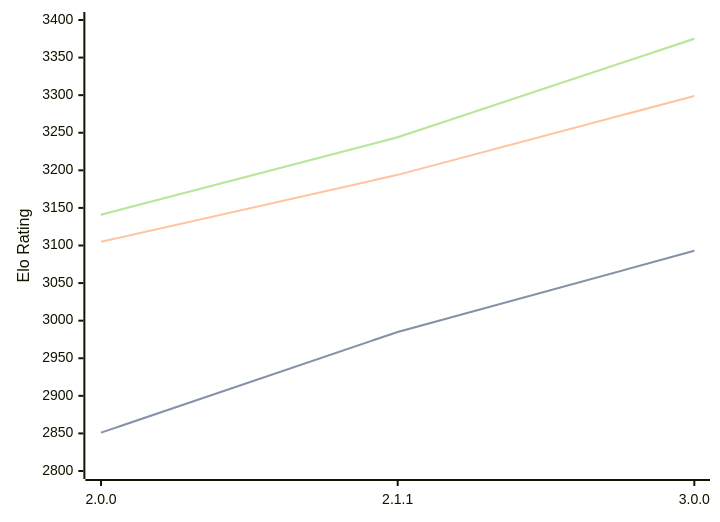
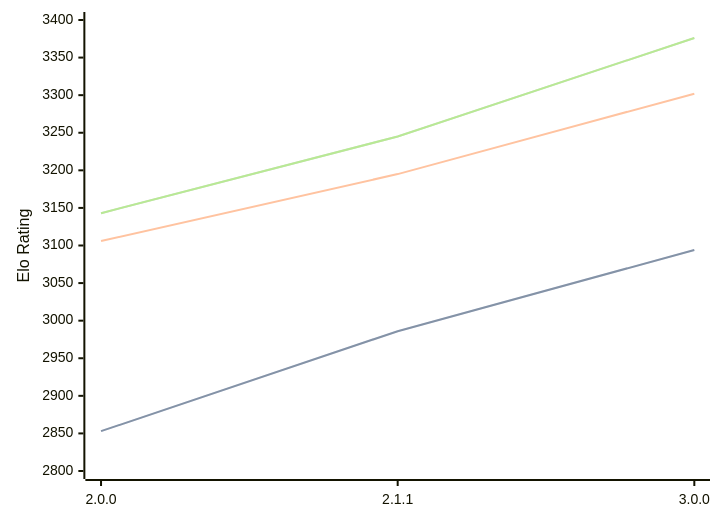
One commit to computer-chess-index/cci changed the diagram in engines/Bread.md. Above: the diagram before and after it, drawn with Mermaid. The commit also changed other lines of this file, not shown here.

Commit message:
Update CCI Ratings (ELO VLTC) - 2026-08-09

````diff
--- a/engines/Bread.md
+++ b/engines/Bread.md
@@ -36,11 +36,11 @@
 ```mermaid
 %%{init: {"theme":"base","themeVariables":{"seriesColors:['#a3a3a3','#222221','#faa371']}}}%%
 xychart-beta
   x-axis ["2.0.0", "2.1.1", "3.0.0"]
   y-axis "Elo Rating" 2800 --> 3400
-  line "STC (8.0+0.08s)" [2851, 2985, 3093]
-  line "STC (8.0+0.08s)" [2851, 2985, 3093]
-  line "LTC (60.0+0.60s)" [3105, 3194, 3299]
-  line "VLTC (2m24s+1.12s)" [3141, 3244, 3375]
-  line "VLTC (2m24s+1.12s)" [3141, 3244, 3375]
+  line "STC (8.0+0.08s)" [2853, 2986, 3094]
+  line "STC (8.0+0.08s)" [2853, 2986, 3094]
+  line "LTC (60.0+0.60s)" [3106, 3195, 3302]
+  line "VLTC (2m24s+1.12s)" [3143, 3245, 3376]
+  line "VLTC (2m24s+1.12s)" [3143, 3245, 3376]
 ```
````
